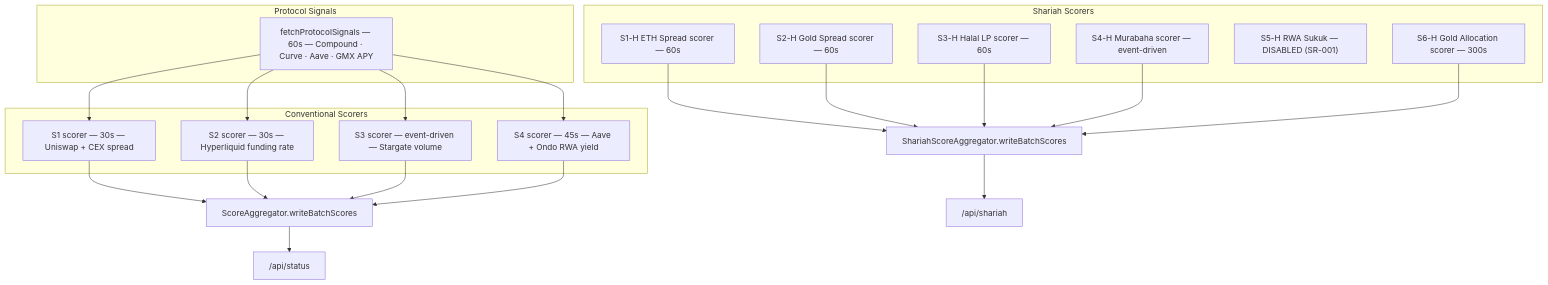
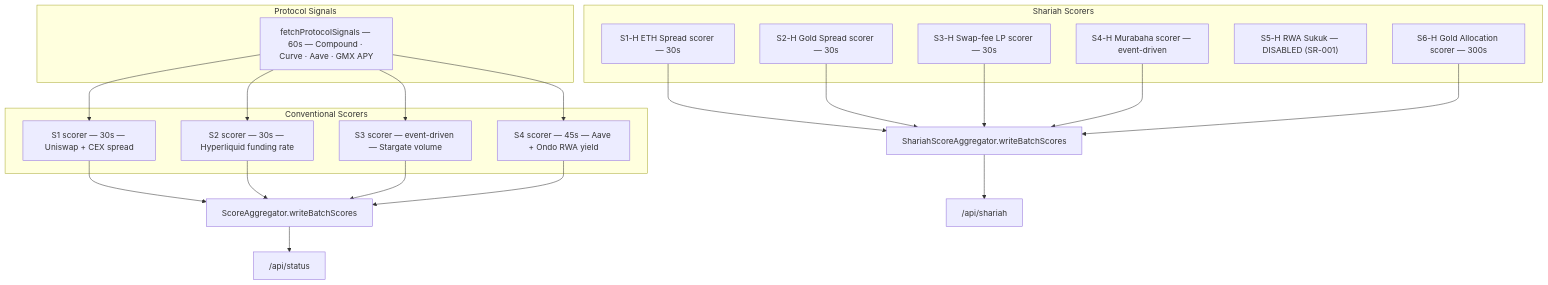
Before and after one commit to 0xhaz/DefiVault-Finance: the fifth of 10 diagrams in README.md, drawn with Mermaid. The commit also changed other lines of this file and 52 other files, not shown here.

````diff
--- a/README.md
+++ b/README.md
@@ -444,29 +451,29 @@
 ```mermaid
 flowchart TD
     subgraph CONV ["Conventional Scorers"]
         S1["S1 scorer — 30s — Uniswap + CEX spread"]
         S2["S2 scorer — 30s — Hyperliquid funding rate"]
         S3["S3 scorer — event-driven — Stargate volume"]
         S4["S4 scorer — 45s — Aave + Ondo RWA yield"]
     end
 
     subgraph SHAR ["Shariah Scorers"]
-        SH1["S1-H ETH Spread scorer — 60s"]
-        SH2["S2-H Gold Spread scorer — 60s"]
-        SH3["S3-H Halal LP scorer — 60s"]
+        SH1["S1-H ETH Spread scorer — 30s"]
+        SH2["S2-H Gold Spread scorer — 30s"]
+        SH3["S3-H Swap-fee LP scorer — 30s"]
         SH4["S4-H Murabaha scorer — event-driven"]
         SH5["S5-H RWA Sukuk — DISABLED (SR-001)"]
         SH6["S6-H Gold Allocation scorer — 300s"]
     end
 
     subgraph PROTO ["Protocol Signals"]
         PS["fetchProtocolSignals — 60s — Compound · Curve · Aave · GMX APY"]
     end
 
     S1 & S2 & S3 & S4 --> AGG_W[ScoreAggregator.writeBatchScores]
     SH1 & SH2 & SH3 & SH4 & SH6 --> SAGG_W[ShariahScoreAggregator.writeBatchScores]
     PS --> S1 & S2 & S3 & S4
 
     AGG_W --> API["/api/status"]
     SAGG_W --> SHARIAH_API["/api/shariah"]
 ```
````
